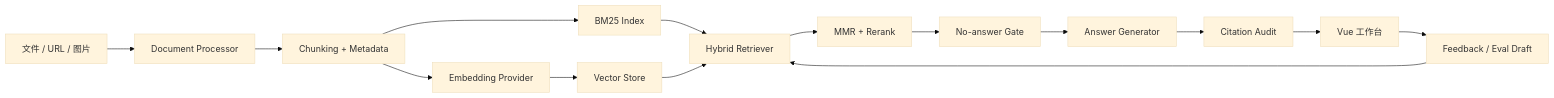
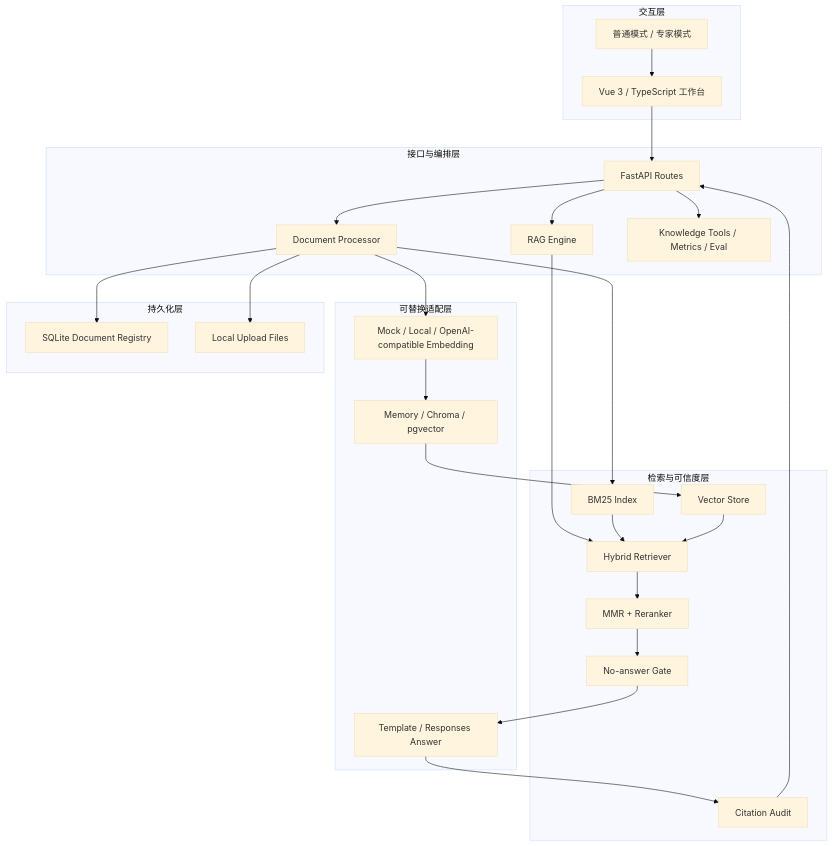
Before and after one commit to 728792899-create/personal-multimodal-rag: the first of 5 diagrams in docs/architecture.md, drawn with Mermaid (base theme). The commit also changed other lines of this file and 3 other files, not shown here.

Commit message:
docs: add portfolio screenshots and architecture diagrams

````diff
--- a/docs/architecture.md
+++ b/docs/architecture.md
@@ -5,17 +5,51 @@
 ```mermaid
-flowchart LR
-  A["文件 / URL / 图片"] --> B["Document Processor"]
-  B --> C["Chunking + Metadata"]
-  C --> D["Embedding Provider"]
-  C --> E["BM25 Index"]
-  D --> F["Vector Store"]
-  E --> G["Hybrid Retriever"]
-  F --> G
-  G --> H["MMR + Rerank"]
-  H --> I["No-answer Gate"]
-  I --> J["Answer Generator"]
-  J --> K["Citation Audit"]
-  K --> L["Vue 工作台"]
-  L --> M["Feedback / Eval Draft"]
-  M --> G
+flowchart TB
+  subgraph UI["交互层"]
+    WORKBENCH["Vue 3 / TypeScript 工作台"]
+    MODES["普通模式 / 专家模式"]
+  end
+
+  subgraph API["接口与编排层"]
+    FASTAPI["FastAPI Routes"]
+    PROCESSOR["Document Processor"]
+    ENGINE["RAG Engine"]
+    TOOLS["Knowledge Tools / Metrics / Eval"]
+  end
+
+  subgraph RETRIEVAL["检索与可信度层"]
+    BM25["BM25 Index"]
+    VECTOR["Vector Store"]
+    HYBRID["Hybrid Retriever"]
+    RERANK["MMR + Reranker"]
+    GATE["No-answer Gate"]
+    AUDIT["Citation Audit"]
+  end
+
+  subgraph ADAPTERS["可替换适配层"]
+    EMBED["Mock / Local / OpenAI-compatible Embedding"]
+    STORE["Memory / Chroma / pgvector"]
+    ANSWER["Template / Responses Answer"]
+  end
+
+  subgraph PERSIST["持久化层"]
+    REGISTRY["SQLite Document Registry"]
+    UPLOADS["Local Upload Files"]
+  end
+
+  WORKBENCH --> FASTAPI
+  MODES --> WORKBENCH
+  FASTAPI --> PROCESSOR
+  FASTAPI --> ENGINE
+  FASTAPI --> TOOLS
+  PROCESSOR --> REGISTRY
+  PROCESSOR --> UPLOADS
+  PROCESSOR --> BM25
+  PROCESSOR --> EMBED
+  EMBED --> STORE
+  STORE --> VECTOR
+  ENGINE --> HYBRID
+  BM25 --> HYBRID
+  VECTOR --> HYBRID
+  HYBRID --> RERANK --> GATE
+  GATE --> ANSWER --> AUDIT --> FASTAPI
 ```
````
